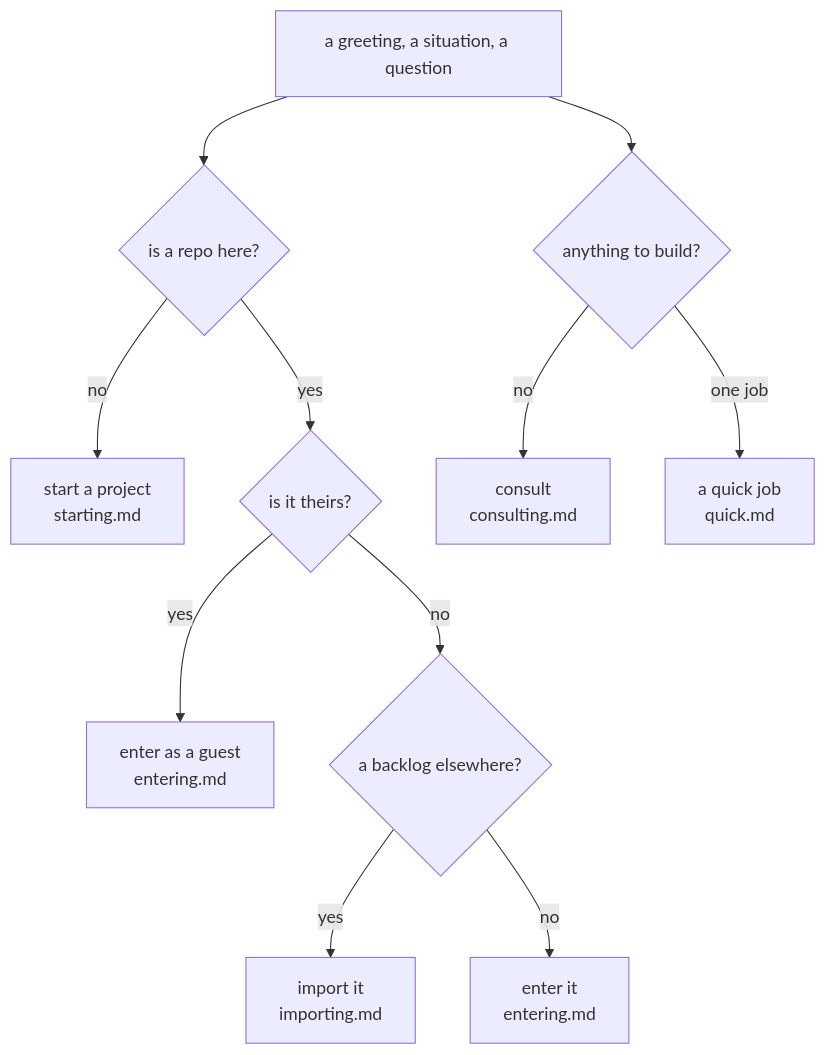
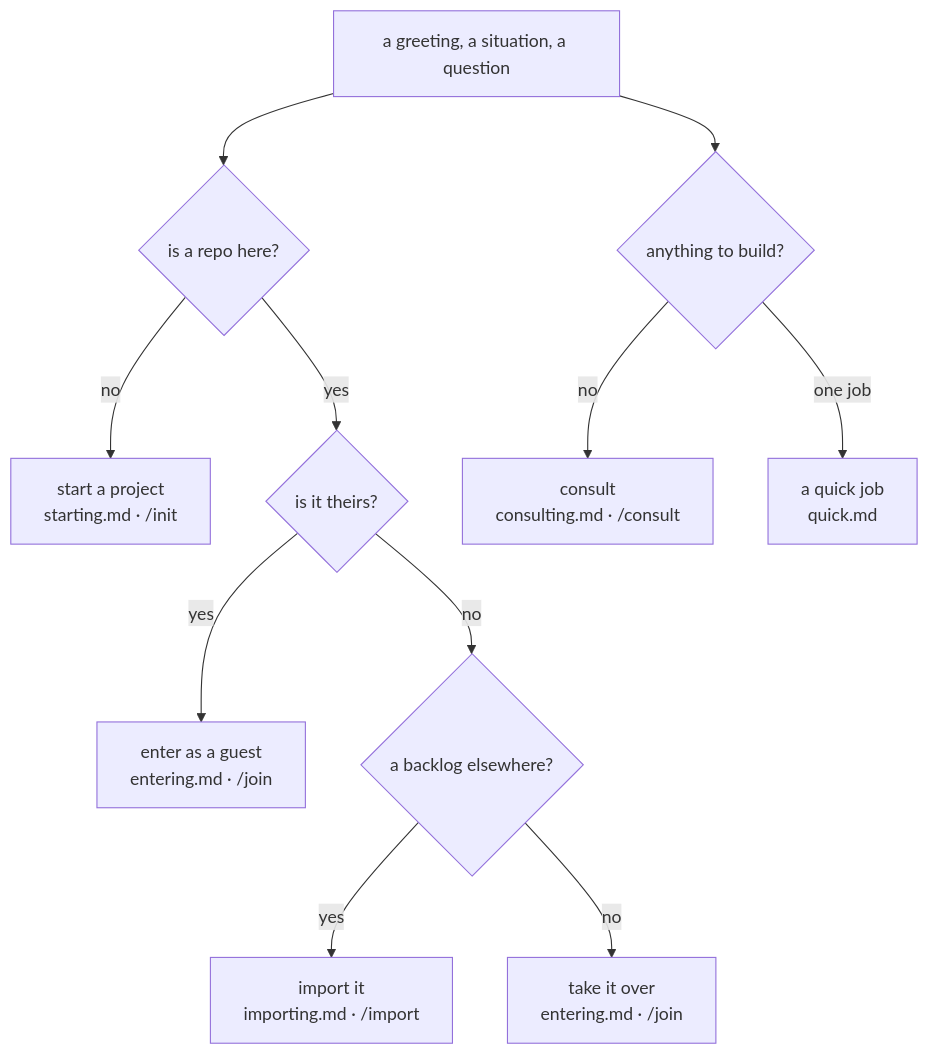
The first of 21 diagrams in diagrams.md (jamillazarev/opsinist), drawn with Mermaid before and after one commit. The commit also changed other lines of this file and 27 other files, not shown here.

````diff
--- a/diagrams.md
+++ b/diagrams.md
@@ -16,13 +17,13 @@
 ```mermaid
 flowchart TD
   A[a greeting, a situation, a question] --> B{is a repo here?}
-  B -- no --> C[start a project<br/>starting.md]
+  B -- no --> C[start a project<br/>starting.md · /init]
   B -- yes --> D{is it theirs?}
-  D -- yes --> E[enter as a guest<br/>entering.md]
+  D -- yes --> E[enter as a guest<br/>entering.md · /join]
   D -- no --> F{a backlog elsewhere?}
-  F -- yes --> G[import it<br/>importing.md]
-  F -- no --> H[enter it<br/>entering.md]
+  F -- yes --> G[import it<br/>importing.md · /import]
+  F -- no --> H[take it over<br/>entering.md · /join]
   A --> I{anything to build?}
-  I -- no --> J[consult<br/>consulting.md]
+  I -- no --> J[consult<br/>consulting.md · /consult]
   I -- one job --> K[a quick job<br/>quick.md]
 ```
````
